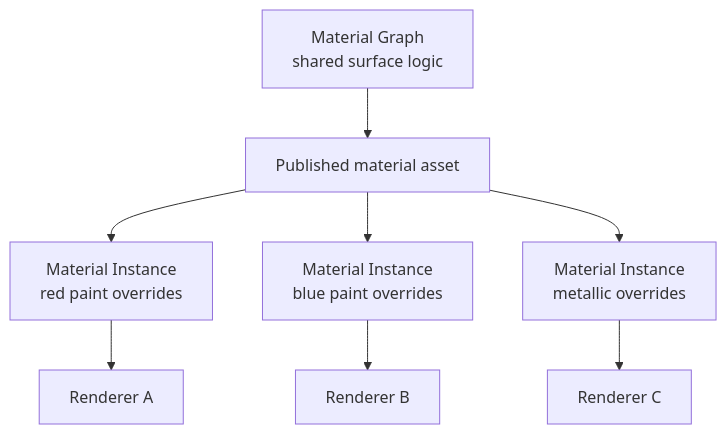
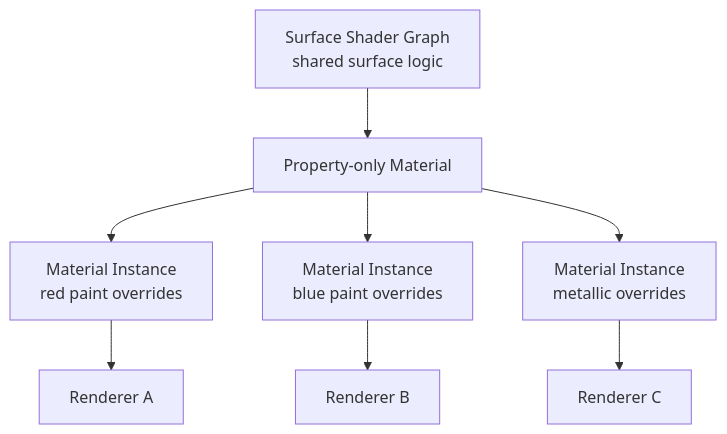
Before and after one commit to hcfgod/KeireEngine: the third of 3 diagrams in Docs/Manual/MaterialGraphExamples.md, drawn with Mermaid. The commit also changed other lines of this file and 41 other files, not shown here.

````diff
--- a/Docs/Manual/MaterialGraphExamples.md
+++ b/Docs/Manual/MaterialGraphExamples.md
@@ -56,10 +58,10 @@
 ```mermaid
 flowchart TD
-    Graph["Material Graph<br/>shared surface logic"] --> Parent["Published material asset"]
+    Graph["Surface Shader Graph<br/>shared surface logic"] --> Parent["Property-only Material"]
     Parent --> Red["Material Instance<br/>red paint overrides"]
     Parent --> Blue["Material Instance<br/>blue paint overrides"]
     Parent --> Metal["Material Instance<br/>metallic overrides"]
     Red --> RendererA["Renderer A"]
     Blue --> RendererB["Renderer B"]
     Metal --> RendererC["Renderer C"]
 ```
````
